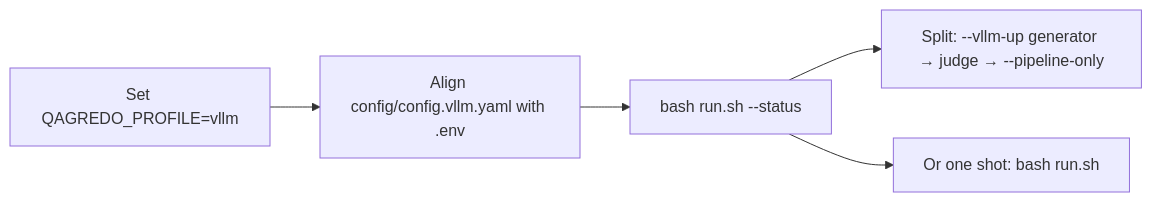
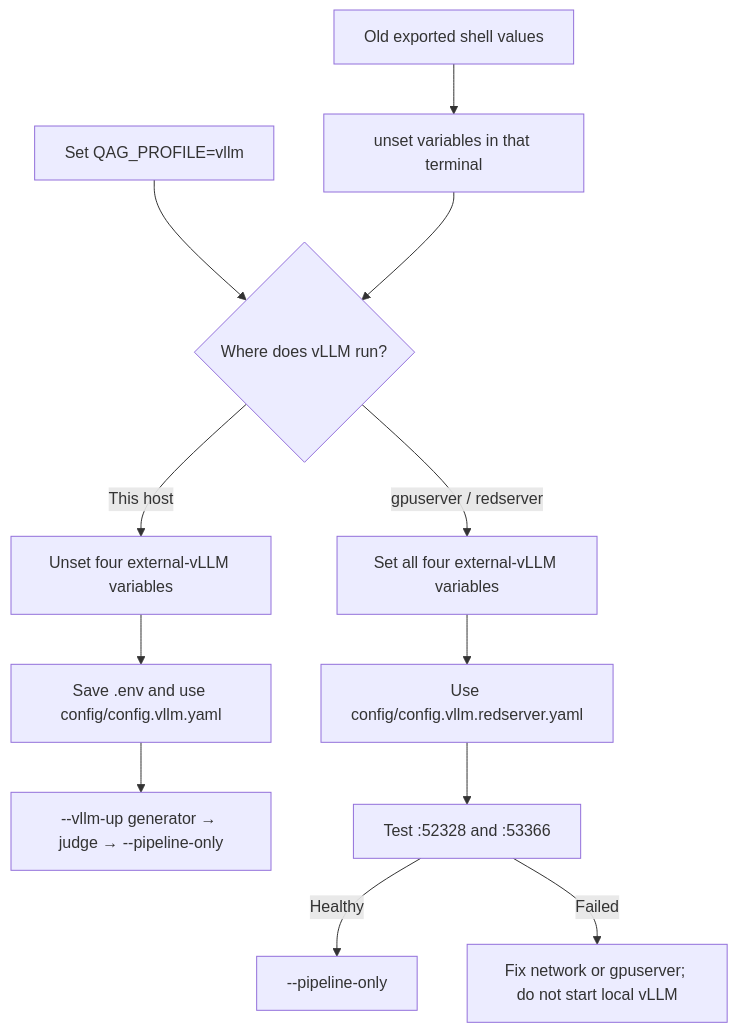
The fourth of 4 diagrams in README.md (tohyewhong/qagredo-local), drawn with Mermaid before and after one commit. The commit also changed other lines of this file and 273 other files, not shown here.

First line of the commit message:
Add algorithm baseline v3, architecture docs, and LoRA finetune stack.

````diff
--- a/README.md
+++ b/README.md
@@ -118,7 +350,14 @@
 ```mermaid
-flowchart LR
-  A[Set QAGREDO_PROFILE=vllm] --> B[Align config/config.vllm.yaml with .env]
-  B --> C[bash run.sh --status]
-  C --> D1[Split: --vllm-up generator → judge → --pipeline-only]
-  C --> D2[Or one shot: bash run.sh]
+flowchart TD
+  A[Set QAG_PROFILE=vllm] --> B{Where does vLLM run?}
+  B -->|This host| C[Unset four external-vLLM variables]
+  C --> C2[Save .env and use config/config.vllm.yaml]
+  C2 --> D[--vllm-up generator → judge → --pipeline-only]
+  B -->|gpuserver / redserver| E[Set all four external-vLLM variables]
+  E --> F[Use config/config.vllm.redserver.yaml]
+  F --> G[Test :52328 and :53366]
+  G -->|Healthy| H[--pipeline-only]
+  G -->|Failed| I[Fix network or gpuserver; do not start local vLLM]
+  J[Old exported shell values] --> K[unset variables in that terminal]
+  K --> B
 ```
````
